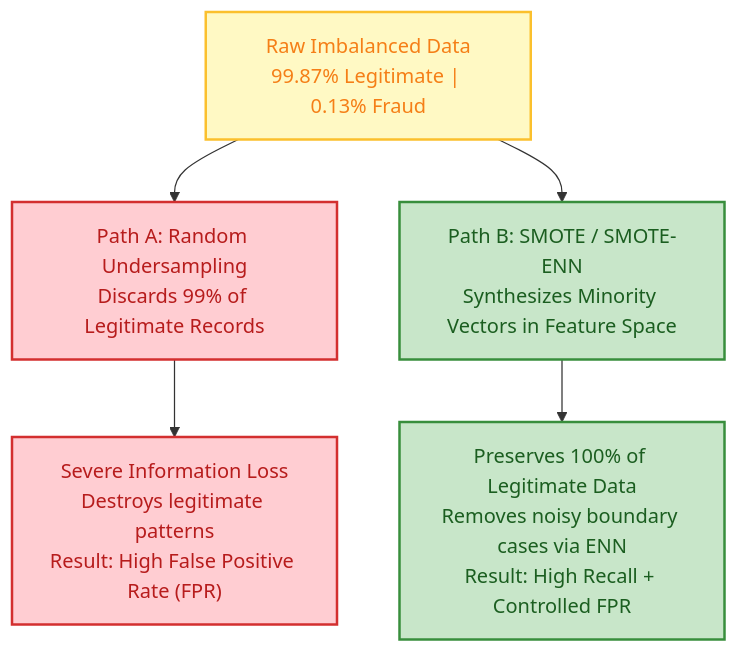
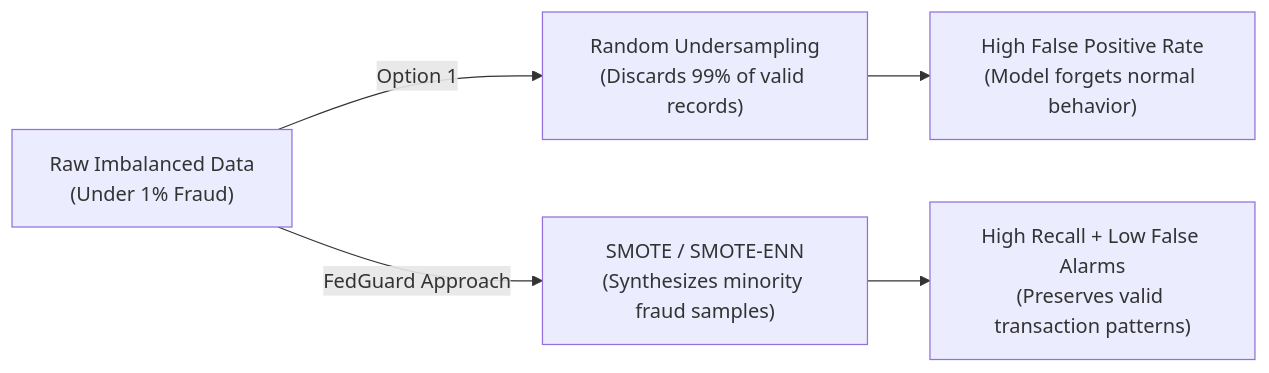
One commit to End-2007/Privacy-Preserving-Multi-Institutional-Financial-Fraud-Detection changed the second of 4 diagrams in ARCHITECTURE.md. Above: the diagram before and after it, drawn with Mermaid. The commit also changed other lines of this file and 1 other file, not shown here.

````diff
--- a/ARCHITECTURE.md
+++ b/ARCHITECTURE.md
@@ -89,14 +63,13 @@
 ```mermaid
-flowchart TD
-    classDef redBox fill:#FFCDD2,stroke:#D32F2F,stroke-width:2px,color:#B71C1C;
-    classDef greenBox fill:#C8E6C9,stroke:#388E3C,stroke-width:2px,color:#1B5E20;
-    classDef yellowBox fill:#FFF9C4,stroke:#FBC02D,stroke-width:2px,color:#F57F17;
+flowchart LR
+    A["Raw Imbalanced Data\n(Under 1% Fraud)"]
+    
+    B["Random Undersampling\n(Discards 99% of valid records)"]
+    C["High False Positive Rate\n(Model forgets normal behavior)"]
+    
+    D["SMOTE / SMOTE-ENN\n(Synthesizes minority fraud samples)"]
+    E["High Recall + Low False Alarms\n(Preserves valid transaction patterns)"]
 
-    Raw["Raw Imbalanced Data\n99.87% Legitimate | 0.13% Fraud"]:::yellowBox
-
-    Raw --> OptionA["Path A: Random Undersampling\nDiscards 99% of Legitimate Records"]:::redBox
-    OptionA --> Danger["Severe Information Loss\nDestroys legitimate patterns\nResult: High False Positive Rate (FPR)"]:::redBox
-
-    Raw --> OptionB["Path B: SMOTE / SMOTE-ENN\nSynthesizes Minority Vectors in Feature Space"]:::greenBox
-    OptionB --> Benefit["Preserves 100% of Legitimate Data\nRemoves noisy boundary cases via ENN\nResult: High Recall + Controlled FPR"]:::greenBox
+    A -->|"Option 1"| B --> C
+    A -->|"FedGuard Approach"| D --> E
 ```
````
